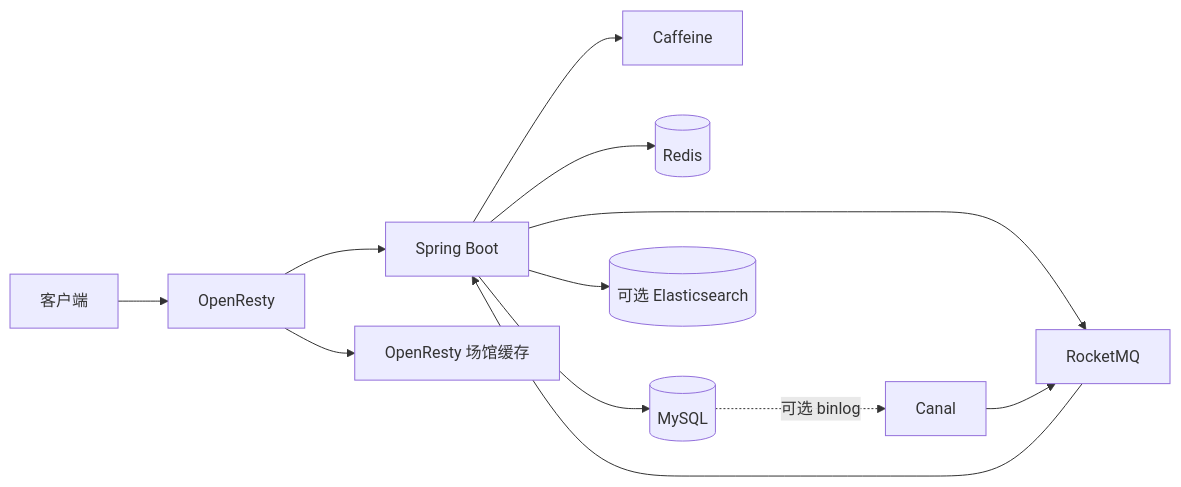
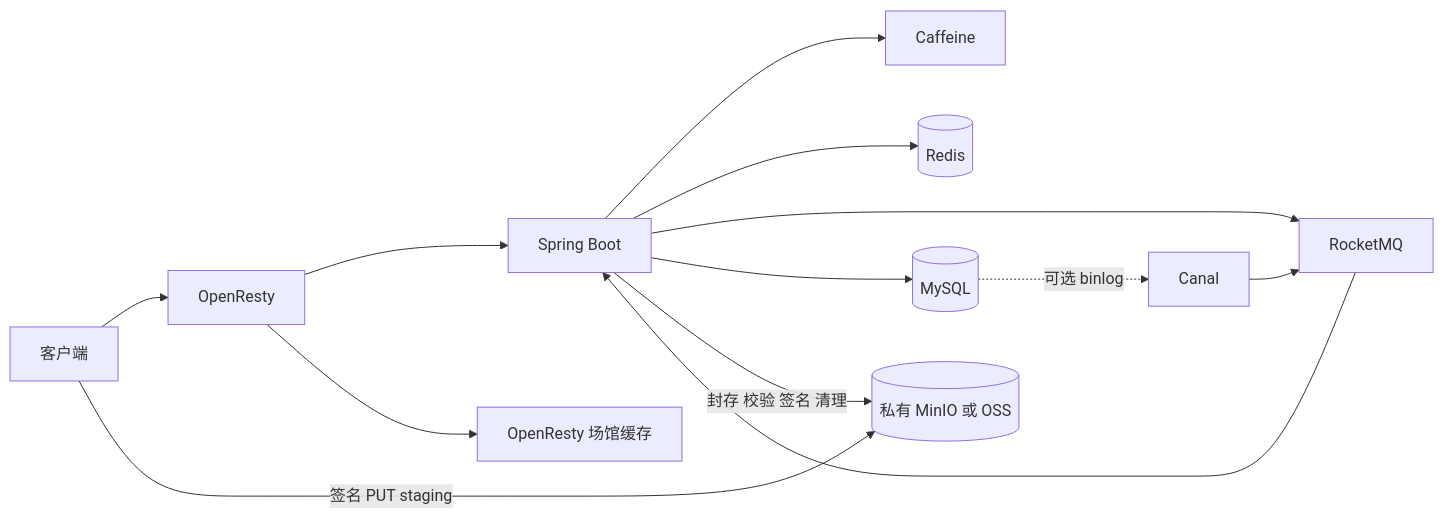
The diagram in README.md (SyH-101/citypass-platform), drawn with Mermaid before and after one commit. The commit also changed other lines of this file and 159 other files, not shown here.

````diff
--- a/README.md
+++ b/README.md
@@ -20,14 +19,15 @@
 ```mermaid
 flowchart LR
     Client[客户端] --> Gateway[OpenResty]
     Gateway --> App[Spring Boot]
     Gateway --> L0[OpenResty 场馆缓存]
     App --> L1[Caffeine]
     App --> Redis[(Redis)]
     App --> MQ[RocketMQ]
     MQ --> App
     App --> DB[(MySQL)]
-    App --> ES[(可选 Elasticsearch)]
+    Client -->|签名 PUT staging| Files[(私有 MinIO 或 OSS)]
+    App -->|封存 校验 签名 清理| Files
     DB -. 可选 binlog .-> Canal[Canal]
     Canal --> MQ
 ```
````
